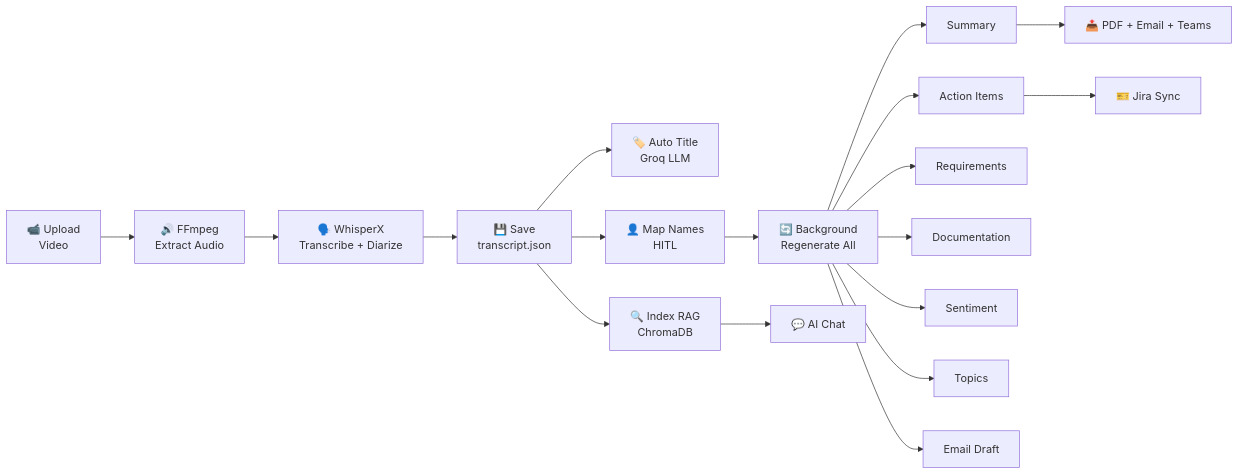
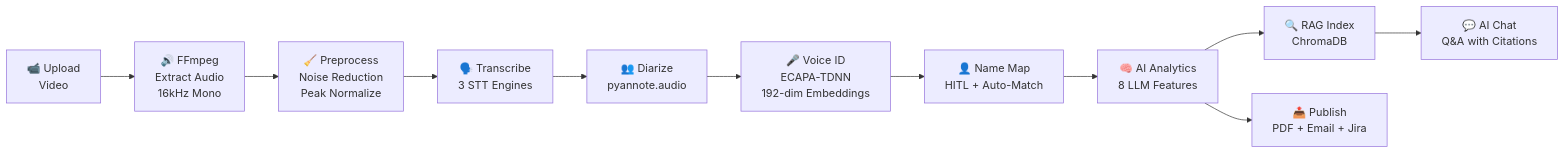
One commit to pawanuikey06/ContextIQ changed the second of 2 diagrams in README.md. Above: the diagram before and after it, drawn with Mermaid. The commit also changed other lines of this file and 14 other files, not shown here.

````diff
--- a/README.md
+++ b/README.md
@@ -83,20 +114,13 @@
 ```mermaid
 flowchart LR
-    A["📹 Upload<br/>Video"] --> B["🔊 FFmpeg<br/>Extract Audio"]
-    B --> C["🗣️ WhisperX<br/>Transcribe + Diarize"]
-    C --> D["💾 Save<br/>transcript.json"]
-    D --> E["🏷️ Auto Title<br/>Groq LLM"]
-    D --> F["🔍 Index RAG<br/>ChromaDB"]
-    D --> G["👤 Map Names<br/>HITL"]
-    G --> H["🔄 Background<br/>Regenerate All"]
-    H --> S1["Summary"]
-    H --> S2["Action Items"]
-    H --> S3["Requirements"]
-    H --> S4["Documentation"]
-    H --> S5["Sentiment"]
-    H --> S6["Topics"]
-    H --> S7["Email Draft"]
-    S2 --> J["🎫 Jira Sync"]
-    S1 --> P["📤 PDF + Email + Teams"]
-    F --> C2["💬 AI Chat"]
+    A["📹 Upload<br/>Video"] --> B["🔊 FFmpeg<br/>Extract Audio<br/>16kHz Mono"]
+    B --> C["🧹 Preprocess<br/>Noise Reduction<br/>Peak Normalize"]
+    C --> D["🗣️ Transcribe<br/>3 STT Engines"]
+    D --> E["👥 Diarize<br/>pyannote.audio"]
+    E --> F["🎤 Voice ID<br/>ECAPA-TDNN<br/>192-dim Embeddings"]
+    F --> G["👤 Name Map<br/>HITL + Auto-Match"]
+    G --> H["🧠 AI Analytics<br/>8 LLM Features"]
+    H --> I["🔍 RAG Index<br/>ChromaDB"]
+    H --> J["📤 Publish<br/>PDF + Email + Jira"]
+    I --> K["💬 AI Chat<br/>Q&A with Citations"]
 ```
````
